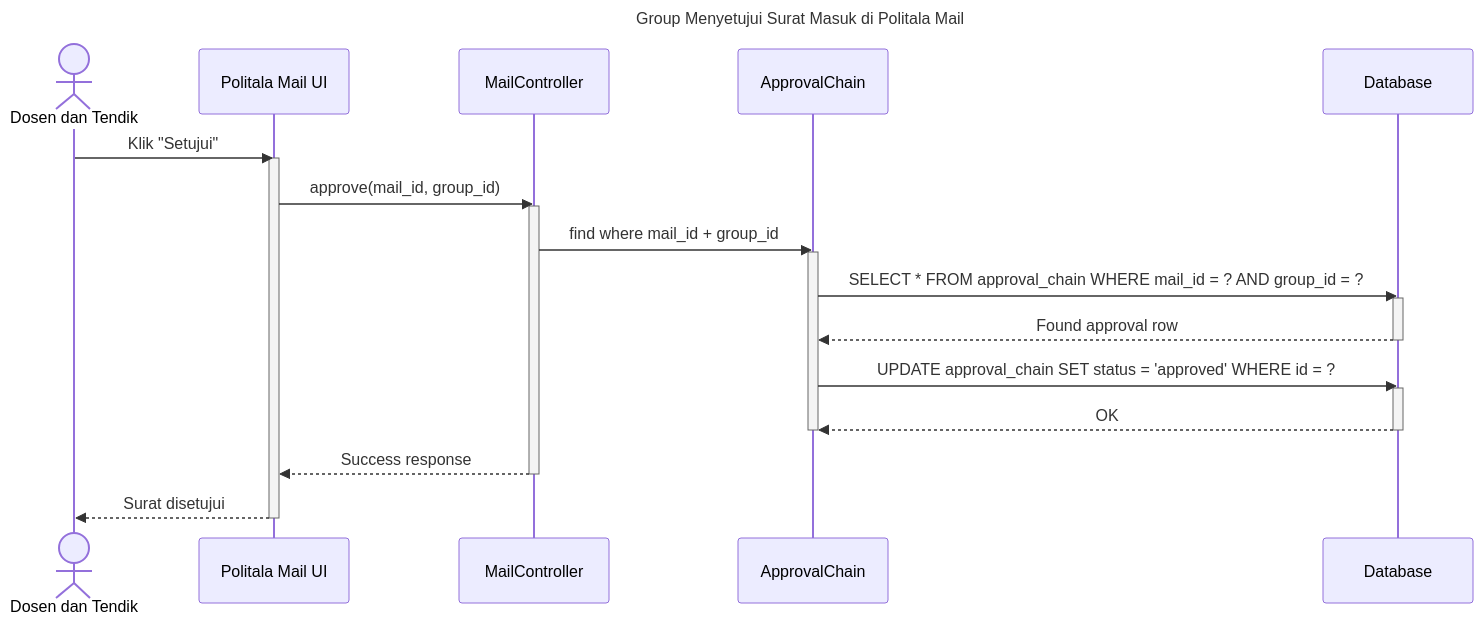
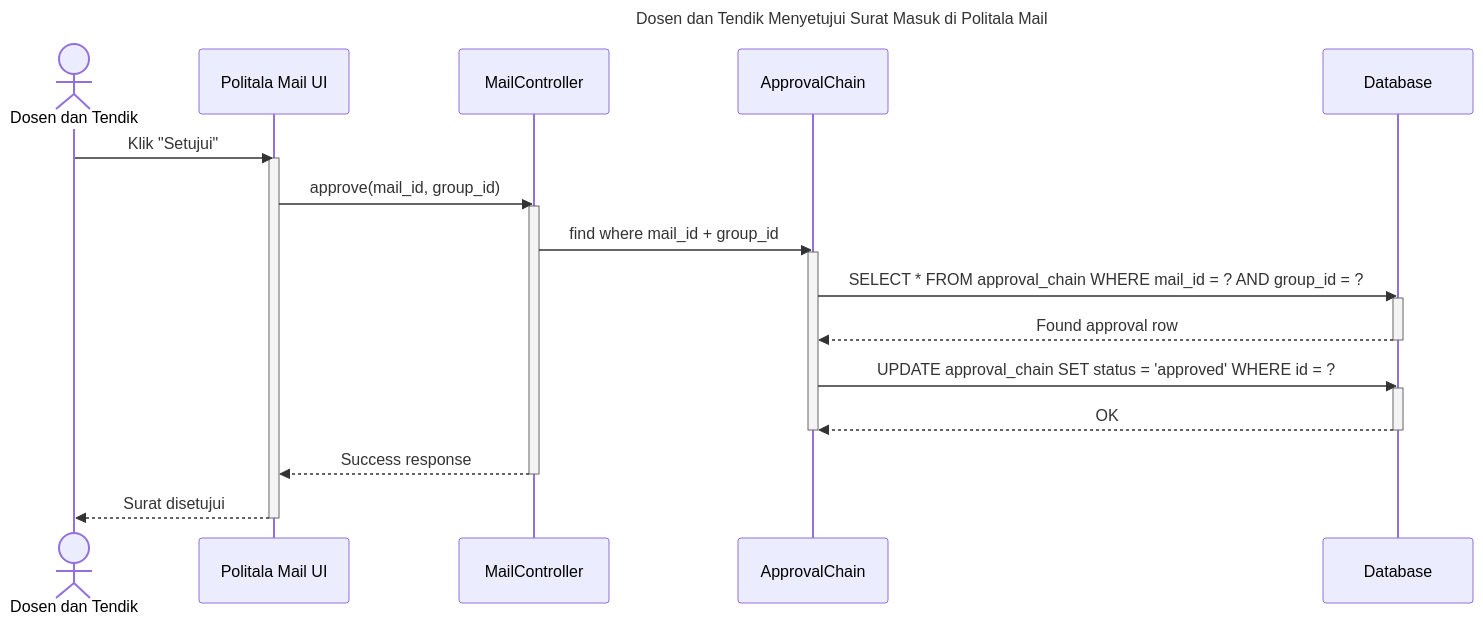
One commit to davidhadinugroho24601/UML-politala-mail changed the diagram in Manage Surat Masuk/menyetujui.md. Above: the diagram before and after it, drawn with Mermaid. The commit also changed 12 other files, not shown here.

````diff
--- a/Manage Surat Masuk/menyetujui.md
+++ b/Manage Surat Masuk/menyetujui.md
@@ -1,36 +1,36 @@
 ```mermaid
 
 sequenceDiagram
-    title Group Menyetujui Surat Masuk di Politala Mail
+    title Dosen dan Tendik Menyetujui Surat Masuk di Politala Mail
 
     actor Dosen dan Tendik
     participant FilamentUI as Politala Mail UI
     participant MailController
     participant ApprovalModel as ApprovalChain
     participant DB as Database
 
     Dosen dan Tendik ->> FilamentUI: Klik "Setujui"
     activate FilamentUI
     FilamentUI ->> MailController: approve(mail_id, group_id)
     activate MailController
 
     MailController ->> ApprovalModel: find where mail_id + group_id
     activate ApprovalModel
     ApprovalModel ->> DB: SELECT * FROM approval_chain WHERE mail_id = ? AND group_id = ?
     activate DB
     DB -->> ApprovalModel: Found approval row
     deactivate DB
 
     ApprovalModel ->> DB: UPDATE approval_chain SET status = 'approved' WHERE id = ?
     activate DB
     DB -->> ApprovalModel: OK
     deactivate DB
     deactivate ApprovalModel
 
     MailController -->> FilamentUI: Success response
     deactivate MailController
     FilamentUI -->> Dosen dan Tendik: Surat disetujui
     deactivate FilamentUI
 
 
 ```
````
